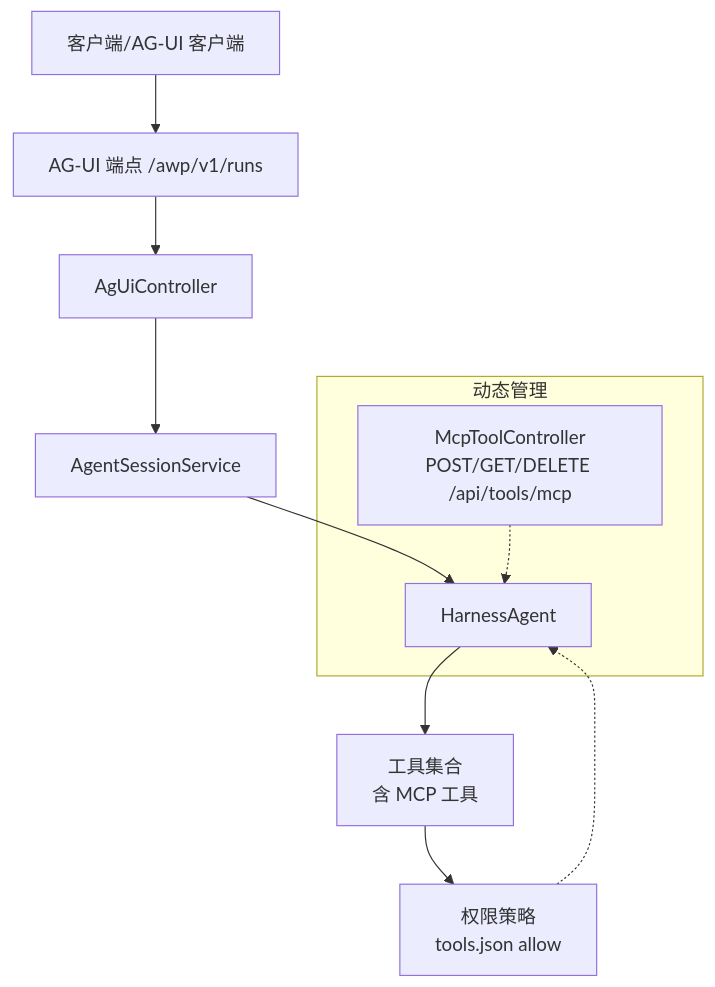
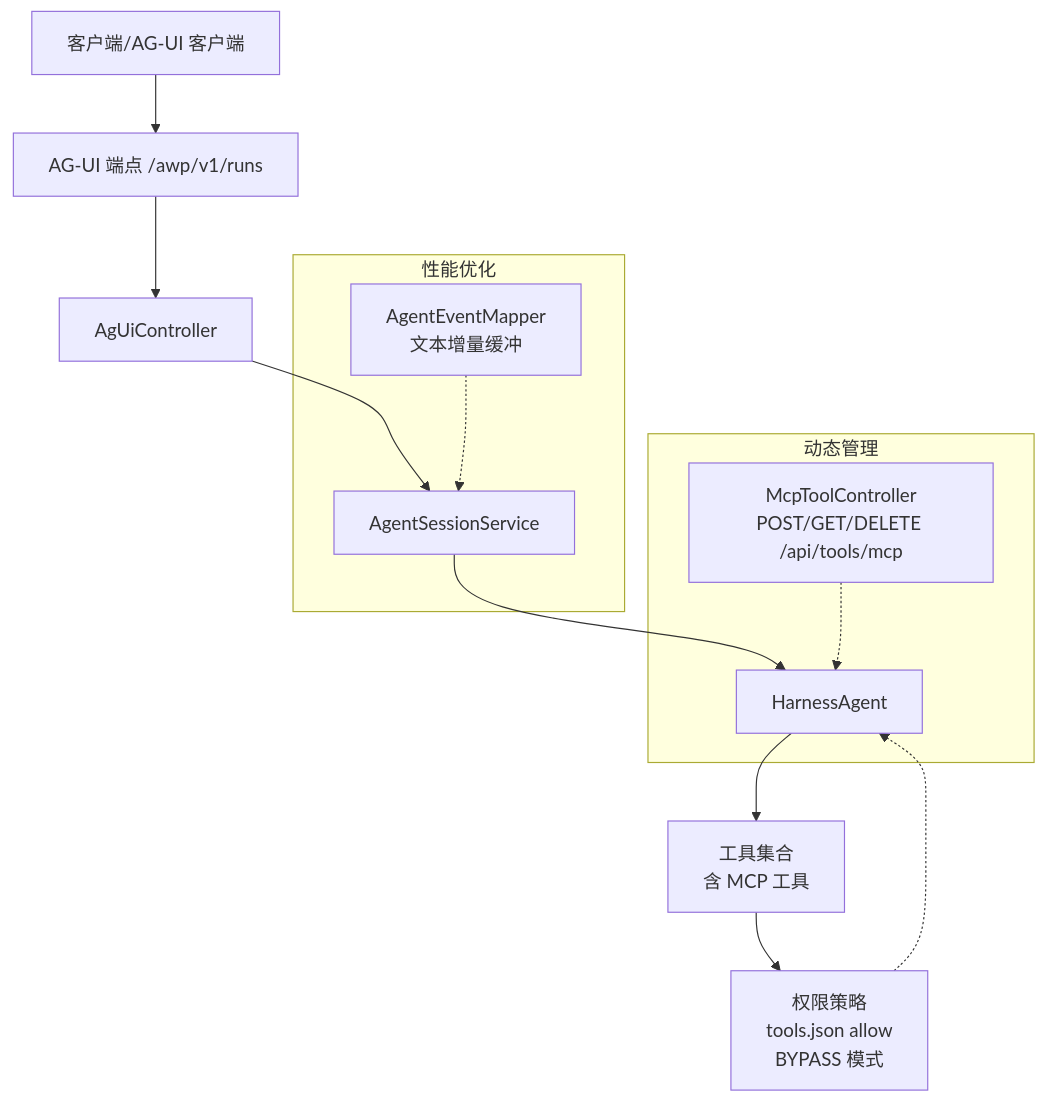
Before and after one commit to mengqiang81/agentic: the second of 10 diagrams in .qoder/repowiki/zh/content/配置管理/MCP 工具配置.md, drawn with Mermaid. The commit also changed other lines of this file and 29 other files, not shown here.

````diff
--- a/.qoder/repowiki/zh/content/配置管理/MCP 工具配置.md
+++ b/.qoder/repowiki/zh/content/配置管理/MCP 工具配置.md
@@ -117,14 +133,18 @@
 ```mermaid
 graph TB
 Client["客户端/AG-UI 客户端"] --> APIGW["AG-UI 端点 /awp/v1/runs"]
 APIGW --> CTRL["AgUiController"]
 CTRL --> SESS["AgentSessionService"]
 SESS --> HAgent["HarnessAgent"]
 HAgent --> Tools["工具集合<br/>含 MCP 工具"]
-Tools --> Policy["权限策略<br/>tools.json allow"]
+Tools --> Policy["权限策略<br/>tools.json allow<br/>BYPASS 模式"]
 subgraph "动态管理"
 REG["McpToolController<br/>POST/GET/DELETE /api/tools/mcp"]
 REG -.-> HAgent
 end
 Policy -.-> HAgent
+subgraph "性能优化"
+EVENTMAP["AgentEventMapper<br/>文本增量缓冲"]
+EVENTMAP -.-> SESS
+end
 ```
````
